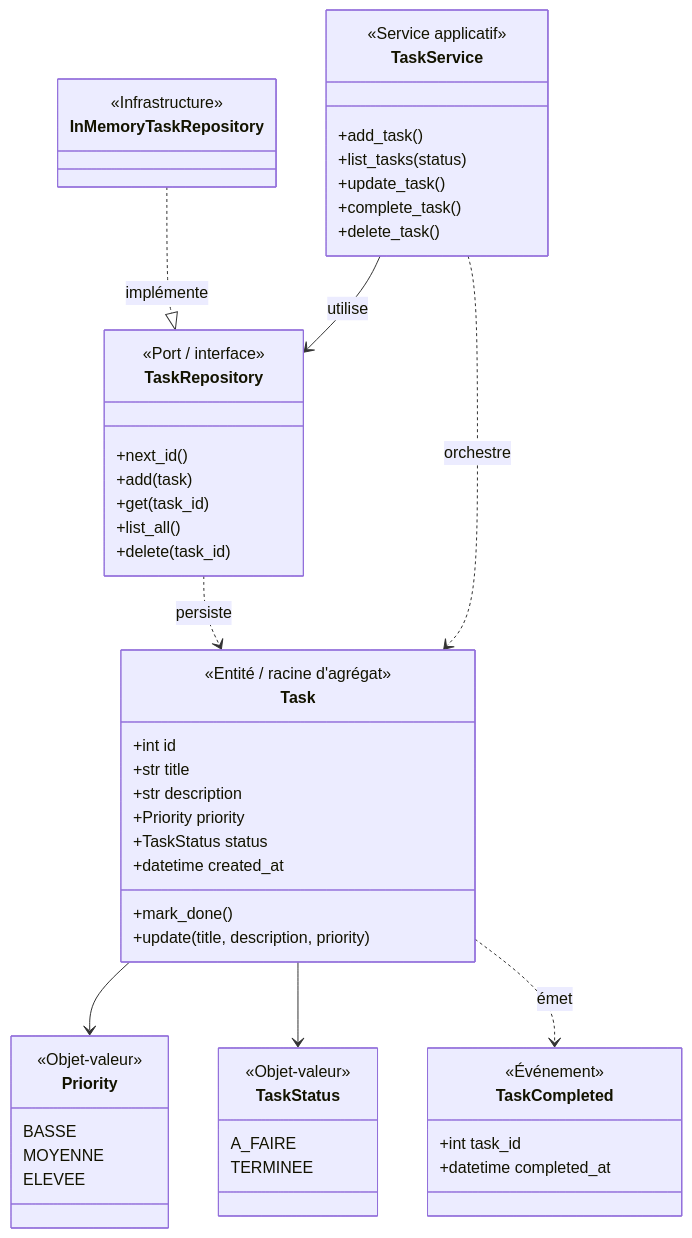
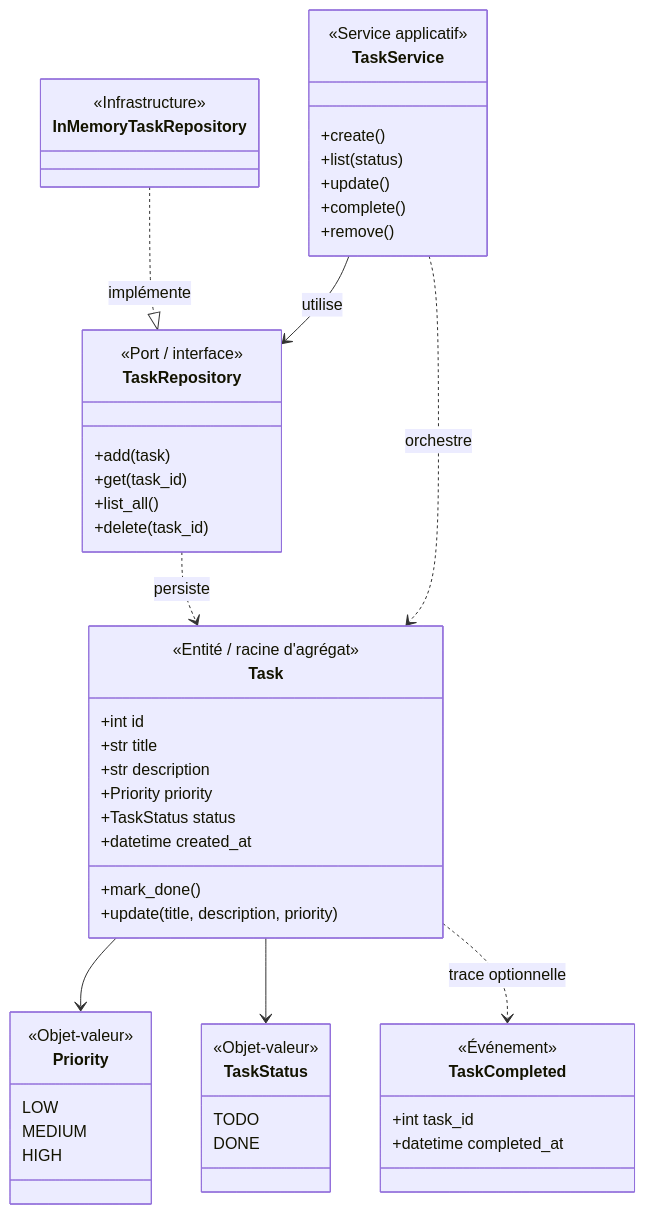
Before and after one commit to Ismailnjikam/todo-ddd: the diagram in docs/ddd/schema-domaine.md, drawn with Mermaid. The commit also changed other lines of this file and 1 other file, not shown here.

Commit message:
US-00: glossaire complet et schéma aligné sur le code (todo/done, LOW/MEDIUM/HIGH, create/list/update/complete/remove)

````diff
--- a/docs/ddd/schema-domaine.md
+++ b/docs/ddd/schema-domaine.md
@@ -19,57 +19,56 @@
 ```mermaid
 classDiagram
     class Task {
         <<Entité / racine d'agrégat>>
         +int id
         +str title
         +str description
         +Priority priority
         +TaskStatus status
         +datetime created_at
         +mark_done()
         +update(title, description, priority)
     }
     class Priority {
         <<Objet-valeur>>
-        BASSE
-        MOYENNE
-        ELEVEE
+        LOW
+        MEDIUM
+        HIGH
     }
     class TaskStatus {
         <<Objet-valeur>>
-        A_FAIRE
-        TERMINEE
+        TODO
+        DONE
     }
     class TaskCompleted {
         <<Événement>>
         +int task_id
         +datetime completed_at
     }
     class TaskRepository {
         <<Port / interface>>
-        +next_id()
         +add(task)
         +get(task_id)
         +list_all()
         +delete(task_id)
     }
     class InMemoryTaskRepository {
         <<Infrastructure>>
     }
     class TaskService {
         <<Service applicatif>>
-        +add_task()
-        +list_tasks(status)
-        +update_task()
-        +complete_task()
-        +delete_task()
+        +create()
+        +list(status)
+        +update()
+        +complete()
+        +remove()
     }
 
     Task --> Priority
     Task --> TaskStatus
-    Task ..> TaskCompleted : émet
+    Task ..> TaskCompleted : trace optionnelle
     TaskRepository ..> Task : persiste
     InMemoryTaskRepository ..|> TaskRepository : implémente
     TaskService --> TaskRepository : utilise
     TaskService ..> Task : orchestre
 ```
````
